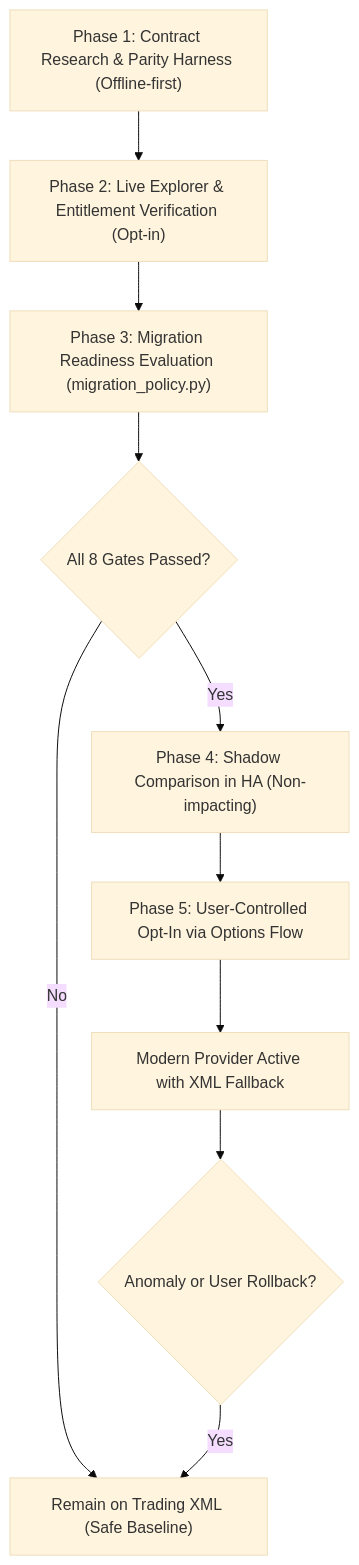
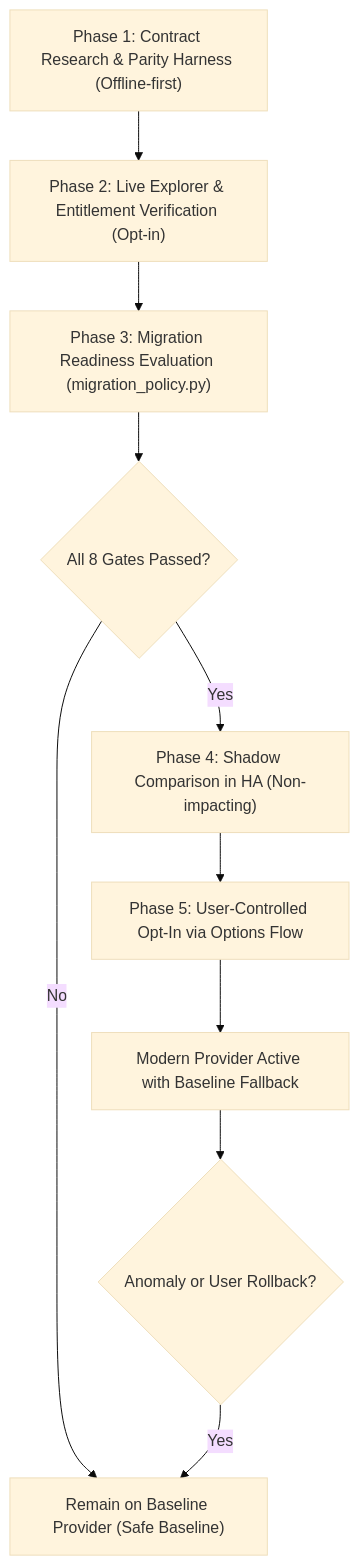
Before and after one commit to andrewtryder/ha-ebay: the diagram in docs/existing-user-migration.md, drawn with Mermaid (base theme). The commit also changed other lines of this file and 3 other files, not shown here.

````diff
--- a/docs/existing-user-migration.md
+++ b/docs/existing-user-migration.md
@@ -57,12 +114,12 @@
 ```mermaid
 flowchart TD
     A["Phase 1: Contract Research & Parity Harness (Offline-first)"] --> B["Phase 2: Live Explorer & Entitlement Verification (Opt-in)"]
     B --> C["Phase 3: Migration Readiness Evaluation (migration_policy.py)"]
     C --> D{"All 8 Gates Passed?"}
-    D -- No --> E["Remain on Trading XML (Safe Baseline)"]
+    D -- No --> E["Remain on Baseline Provider (Safe Baseline)"]
     D -- Yes --> F["Phase 4: Shadow Comparison in HA (Non-impacting)"]
     F --> G["Phase 5: User-Controlled Opt-In via Options Flow"]
-    G --> H["Modern Provider Active with XML Fallback"]
+    G --> H["Modern Provider Active with Baseline Fallback"]
     H --> I{"Anomaly or User Rollback?"}
     I -- Yes --> E
 ```
````
